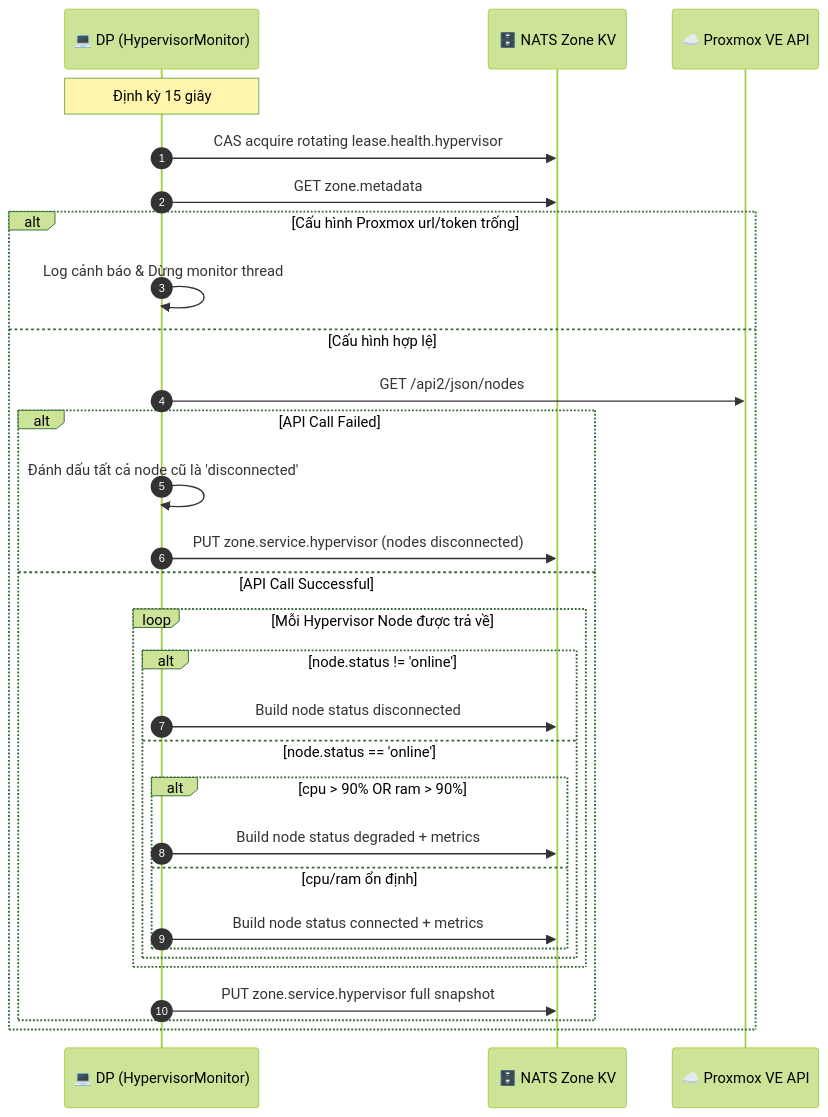
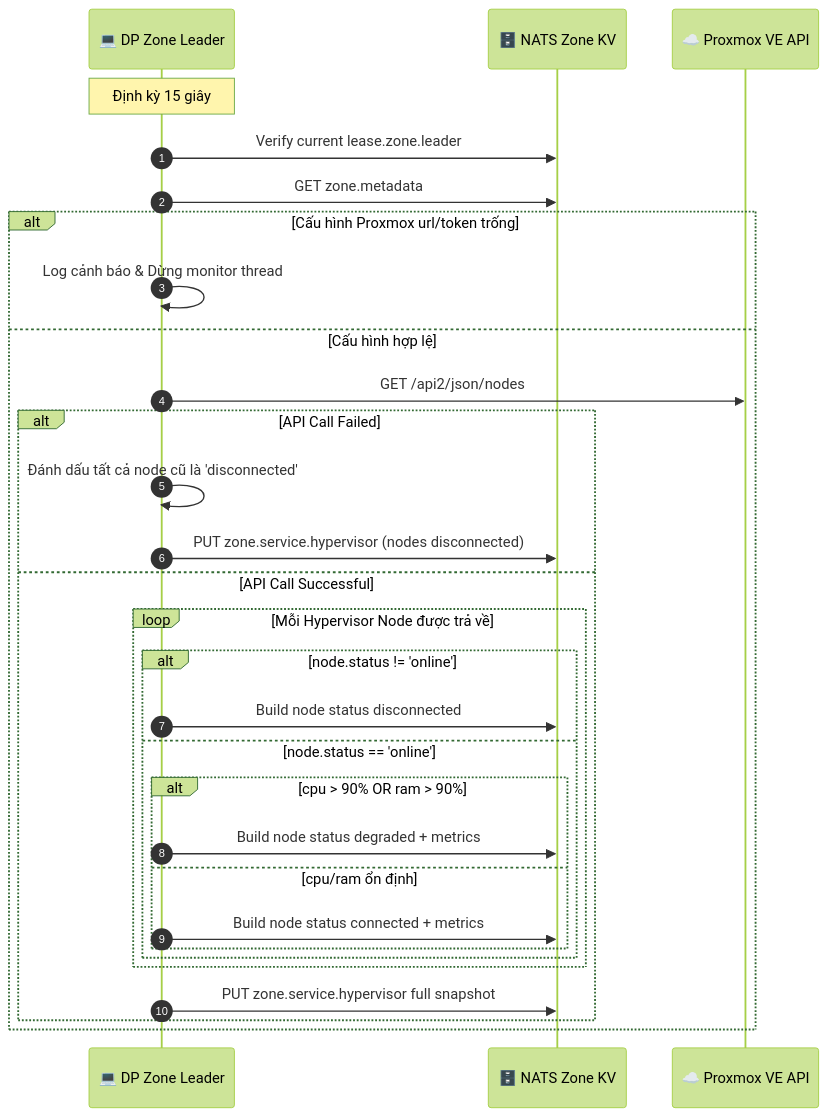
Diagram 17 of 21 in god_view/hierarchy/zone_lifecycle_god_view.md (phucle996/aurora), drawn with Mermaid (forest theme) before and after one commit. The commit also changed other lines of this file and 69 other files, not shown here.

Commit message:
feat: replace zone gateway with leader module to handle metadata synchronization and health monitoring

````diff
--- a/god_view/hierarchy/zone_lifecycle_god_view.md
+++ b/god_view/hierarchy/zone_lifecycle_god_view.md
@@ -881,33 +884,33 @@
 ```mermaid
 sequenceDiagram
     autonumber
-    participant DP as 💻 DP (HypervisorMonitor)
+    participant DP as 💻 DP Zone Leader
     participant KV as 🗄️ NATS Zone KV
     participant PM as ☁️ Proxmox VE API
 
     Note over DP: Định kỳ 15 giây
-    DP->>KV: CAS acquire rotating lease.health.hypervisor
+    DP->>KV: Verify current lease.zone.leader
     DP->>KV: GET zone.metadata
     alt Cấu hình Proxmox url/token trống
         DP->>DP: Log cảnh báo & Dừng monitor thread
     else Cấu hình hợp lệ
         DP->>PM: GET /api2/json/nodes
         alt API Call Failed
             DP->>DP: Đánh dấu tất cả node cũ là 'disconnected'
             DP->>KV: PUT zone.service.hypervisor (nodes disconnected)
         else API Call Successful
             loop Mỗi Hypervisor Node được trả về
                 alt node.status != 'online'
                     DP->>KV: Build node status disconnected
                 else node.status == 'online'
                     alt cpu > 90% OR ram > 90%
                         DP->>KV: Build node status degraded + metrics
                     else cpu/ram ổn định
                         DP->>KV: Build node status connected + metrics
                     end
                 end
             end
             DP->>KV: PUT zone.service.hypervisor full snapshot
         end
     end
 ```
````
